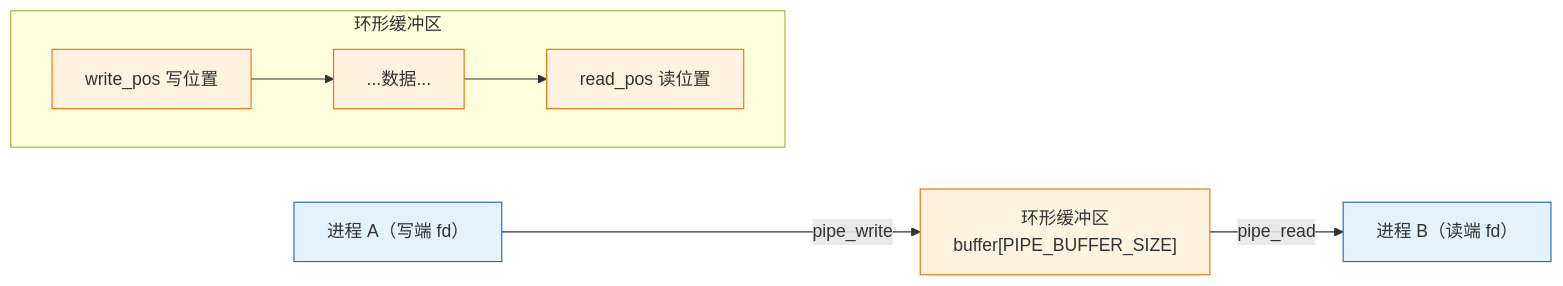
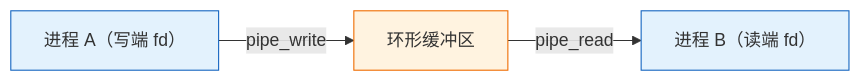
One commit to AM-SuSh/EVOLVE changed the third of 4 diagrams in os-lab/labs/lab5-fs-and-sync.md. Above: the diagram before and after it, drawn with Mermaid. The commit also changed other lines of this file and 34 other files, not shown here.

````diff
--- a/os-lab/labs/lab5-fs-and-sync.md
+++ b/os-lab/labs/lab5-fs-and-sync.md
@@ -76,15 +101,10 @@
 ```mermaid
 graph LR
-    A["进程 A（写端 fd）"] -->|"pipe_write"| B["环形缓冲区<br/>buffer[PIPE_BUFFER_SIZE]"]
+    A["进程 A（写端 fd）"] -->|"pipe_write"| B["环形缓冲区"]
     B -->|"pipe_read"| C["进程 B（读端 fd）"]
-
-    subgraph 环形缓冲区
-        direction LR
-        B0["write_pos 写位置"] --> B1["...数据..."] --> B2["read_pos 读位置"]
-    end
 
     classDef proc fill:#e3f2fd,stroke:#1565c0;
     classDef buf fill:#fff3e0,stroke:#ef6c00;
     class A,C proc;
-    class B,B0,B1,B2 buf;
+    class B buf;
 ```
````
